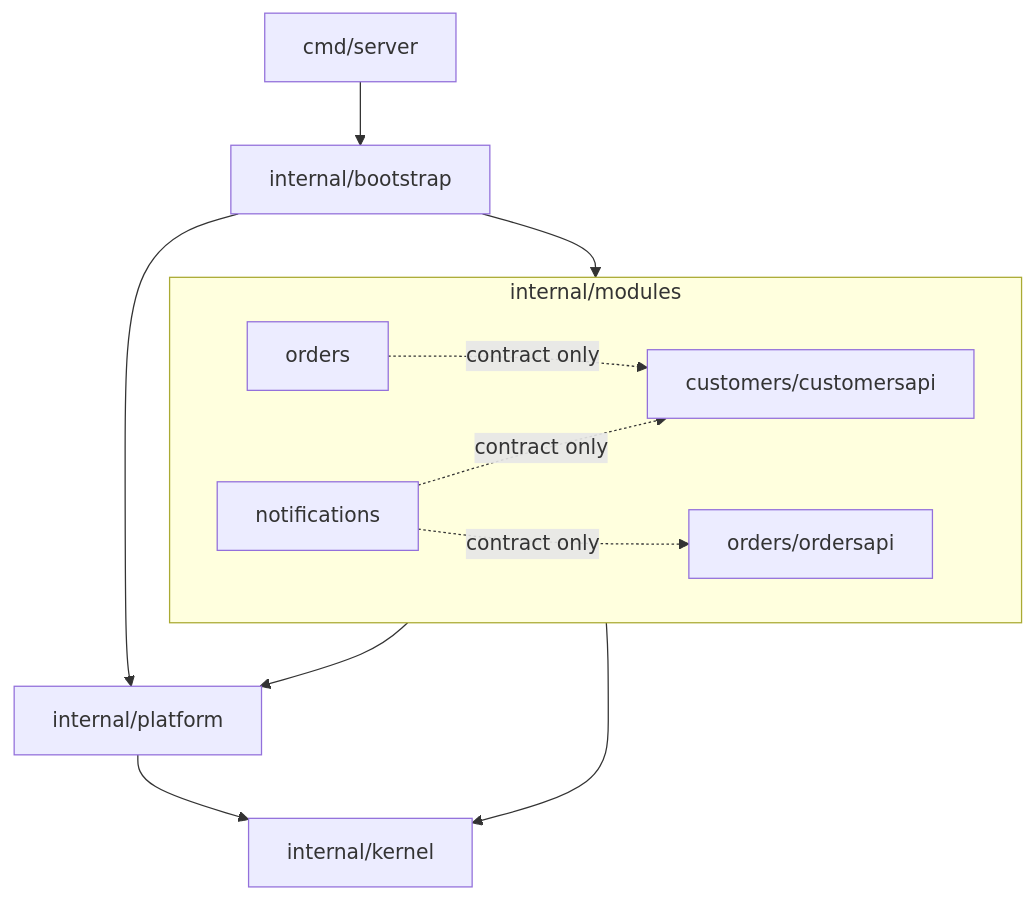
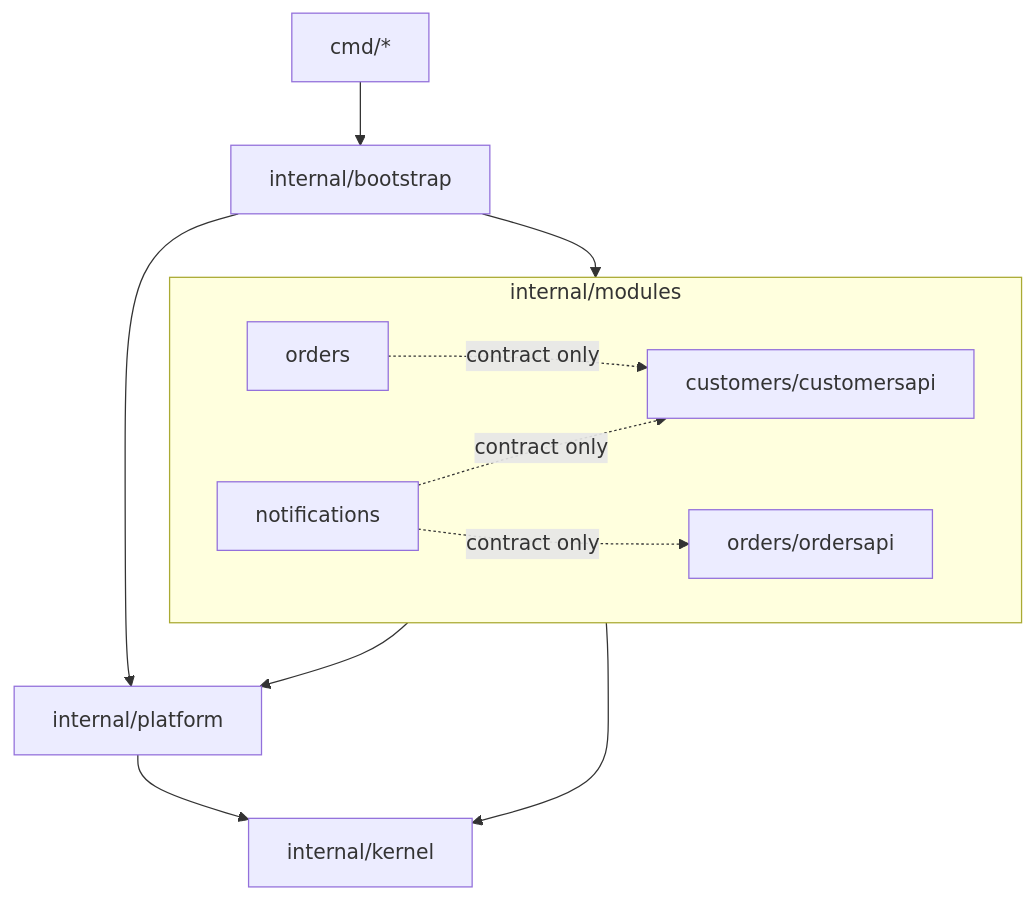
One commit to FeliceGeracitano/go-modular-monolith changed the diagram in ARCHITECTURE.md. Above: the diagram before and after it, drawn with Mermaid. The commit also changed other lines of this file and 72 other files, not shown here.

````diff
--- a/ARCHITECTURE.md
+++ b/ARCHITECTURE.md
@@ -74,16 +85,16 @@
 ```mermaid
 flowchart TD
-    cmd[cmd/server] --> bootstrap[internal/bootstrap]
+    cmd[cmd/*] --> bootstrap[internal/bootstrap]
     bootstrap --> modules
     bootstrap --> platform
 
     subgraph modules[internal/modules]
         orders[orders] -. contract only .-> customersapi[customers/customersapi]
         notifications[notifications] -. contract only .-> customersapi
         notifications -. contract only .-> ordersapi[orders/ordersapi]
     end
 
     modules --> platform[internal/platform]
     modules --> kernel[internal/kernel]
     platform --> kernel
 ```
````
